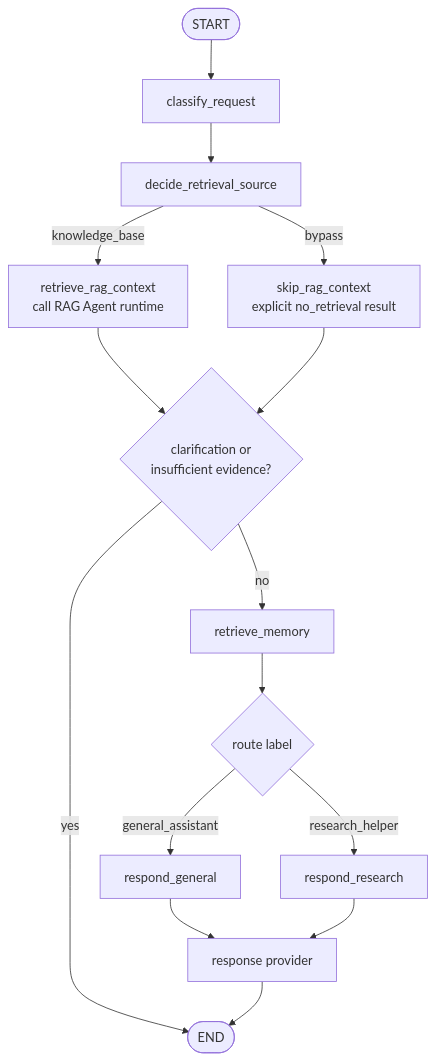
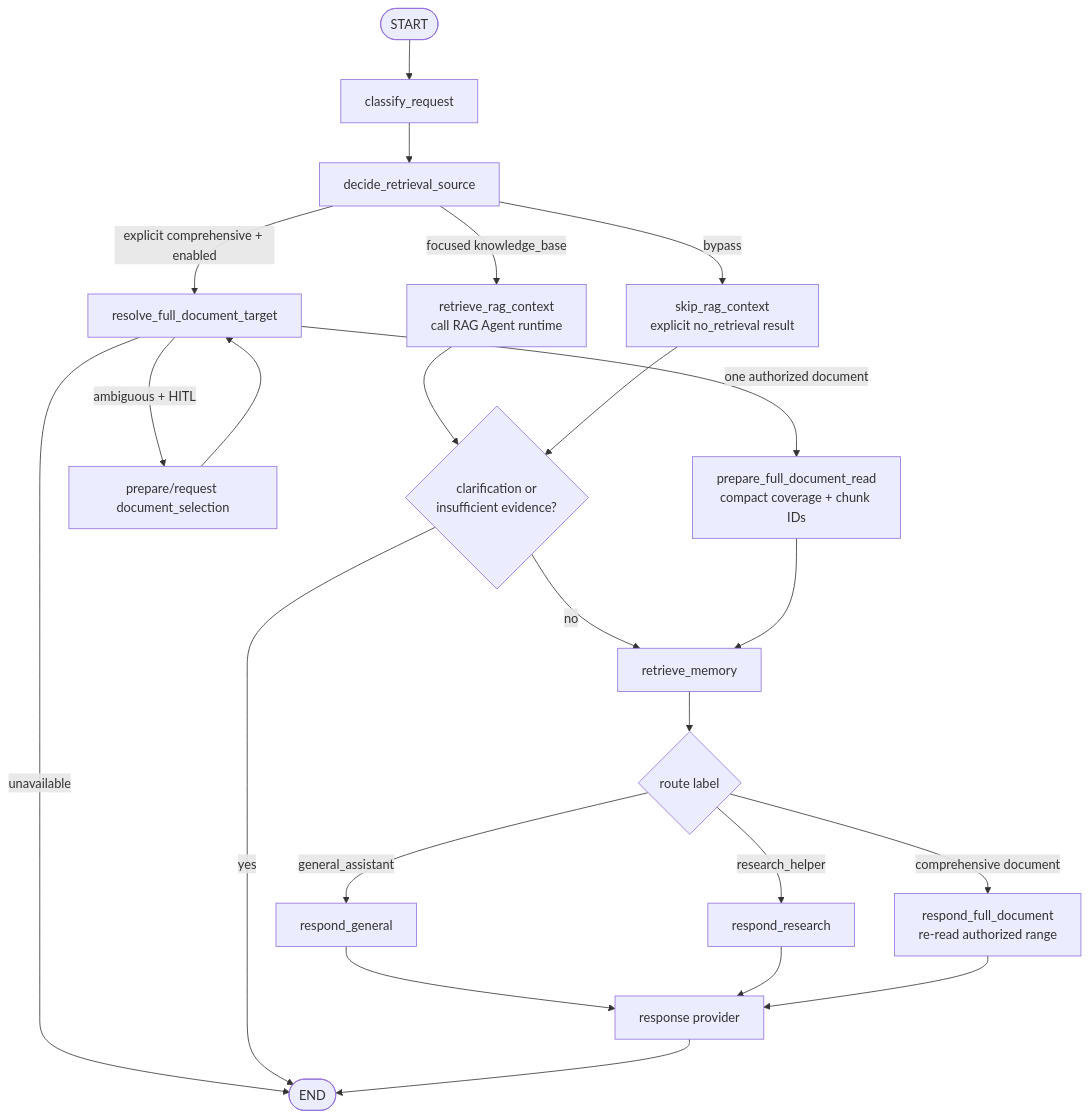
The first of 2 diagrams in my_agents/agents/general_assistant/README.en.md (heecheon92/my-agents), drawn with Mermaid before and after one commit. The commit also changed other lines of this file and 48 other files, not shown here.

Commit message:
Add bounded full-document retrieval

````diff
--- a/my_agents/agents/general_assistant/README.en.md
+++ b/my_agents/agents/general_assistant/README.en.md
@@ -36,17 +37,25 @@
 ```mermaid
 flowchart TD
     Start([START]) --> Classify["classify_request"]
     Classify --> SourceGate["decide_retrieval_source"]
-    SourceGate -->|knowledge_base| RAG["retrieve_rag_context\ncall RAG Agent runtime"]
+    SourceGate -->|focused knowledge_base| RAG["retrieve_rag_context\ncall RAG Agent runtime"]
+    SourceGate -->|explicit comprehensive + enabled| FullTarget["resolve_full_document_target"]
     SourceGate -->|bypass| SkipRAG["skip_rag_context\nexplicit no_retrieval result"]
+    FullTarget -->|one authorized document| FullPrepare["prepare_full_document_read\ncompact coverage + chunk IDs"]
+    FullTarget -->|ambiguous + HITL| Select["prepare/request document_selection"]
+    Select --> FullTarget
+    FullTarget -->|unavailable| End
     RAG --> Halt{"clarification or\ninsufficient evidence?"}
     SkipRAG --> Halt
     Halt -->|yes| End([END])
     Halt -->|no| Memory["retrieve_memory"]
+    FullPrepare --> Memory
     Memory --> Route{"route label"}
     Route -->|general_assistant| General["respond_general"]
     Route -->|research_helper| Research["respond_research"]
+    Route -->|comprehensive document| FullResponse["respond_full_document\nre-read authorized range"]
     General --> Provider["response provider"]
     Research --> Provider
+    FullResponse --> Provider
     Provider --> End
 ```
````
